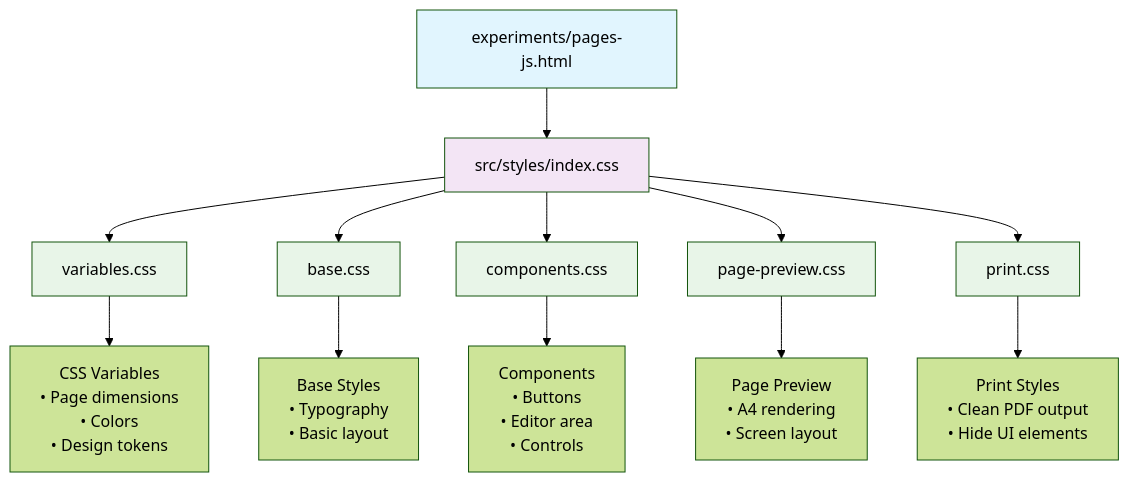
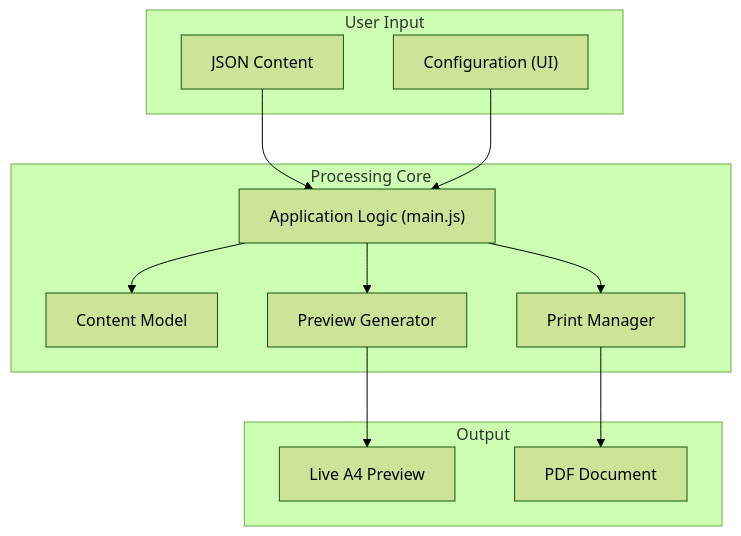
One commit to pointcarre-app/papyrus changed the diagram in README.md. Above: the diagram before and after it, drawn with Mermaid (forest theme). The commit also changed other lines of this file and 29 other files, not shown here.

````diff
--- a/README.md
+++ b/README.md
@@ -970,23 +38,27 @@
 ```mermaid
 graph TD
-    A["experiments/pages-js.html"] --> B["src/styles/index.css"]
-    B --> C["variables.css"]
-    B --> D["base.css"]
-    B --> E["components.css"]
-    B --> F["page-preview.css"]
-    B --> G["print.css"]
-    
-    C --> C1["CSS Variables<br/>• Page dimensions<br/>• Colors<br/>• Design tokens"]
-    D --> D1["Base Styles<br/>• Typography<br/>• Basic layout"]
-    E --> E1["Components<br/>• Buttons<br/>• Editor area<br/>• Controls"]
-    F --> F1["Page Preview<br/>• A4 rendering<br/>• Screen layout"]
-    G --> G1["Print Styles<br/>• Clean PDF output<br/>• Hide UI elements"]
+    subgraph "User Input"
+        A["JSON Content"]
+        B["Configuration (UI)"]
+    end
 
-    style A fill:#e1f5fe
-    style B fill:#f3e5f5
-    style C fill:#e8f5e8
-    style D fill:#e8f5e8
-    style E fill:#e8f5e8
-    style F fill:#e8f5e8
-    style G fill:#e8f5e8
+    subgraph "Processing Core"
+        C["Application Logic (main.js)"]
+        D["Content Model"]
+        E["Preview Generator"]
+        F["Print Manager"]
+    end
+
+    subgraph "Output"
+        G["Live A4 Preview"]
+        H["PDF Document"]
+    end
+
+    A --> C
+    B --> C
+    C --> D
+    C --> E
+    C --> F
+    E --> G
+    F --> H
 ```
````
